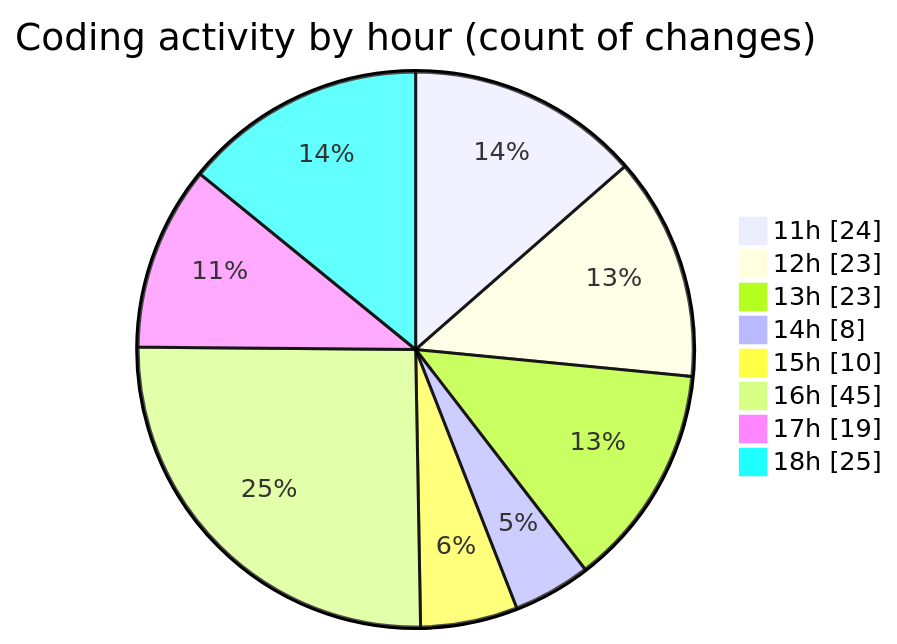
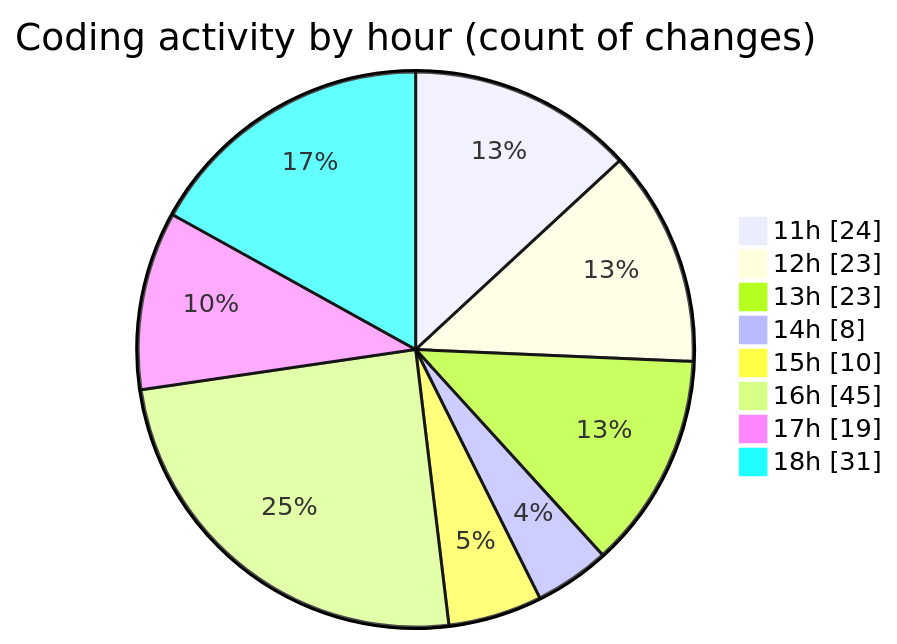
The second of 2 diagrams in 2025-09-18/nxtqube_webapp/README.md (nxtqubesakshisongat/code-tracking), drawn with Mermaid before and after one commit. The commit also changed other lines of this file and 1 other file, not shown here.

````diff
--- a/2025-09-18/nxtqube_webapp/README.md
+++ b/2025-09-18/nxtqube_webapp/README.md
@@ -52,12 +52,12 @@
 ```mermaid
 pie showData
 title Coding activity by hour (count of changes)
 "11h" : 24
 "12h" : 23
 "13h" : 23
 "14h" : 8
 "15h" : 10
 "16h" : 45
 "17h" : 19
-"18h" : 25
+"18h" : 31
 ```
````
